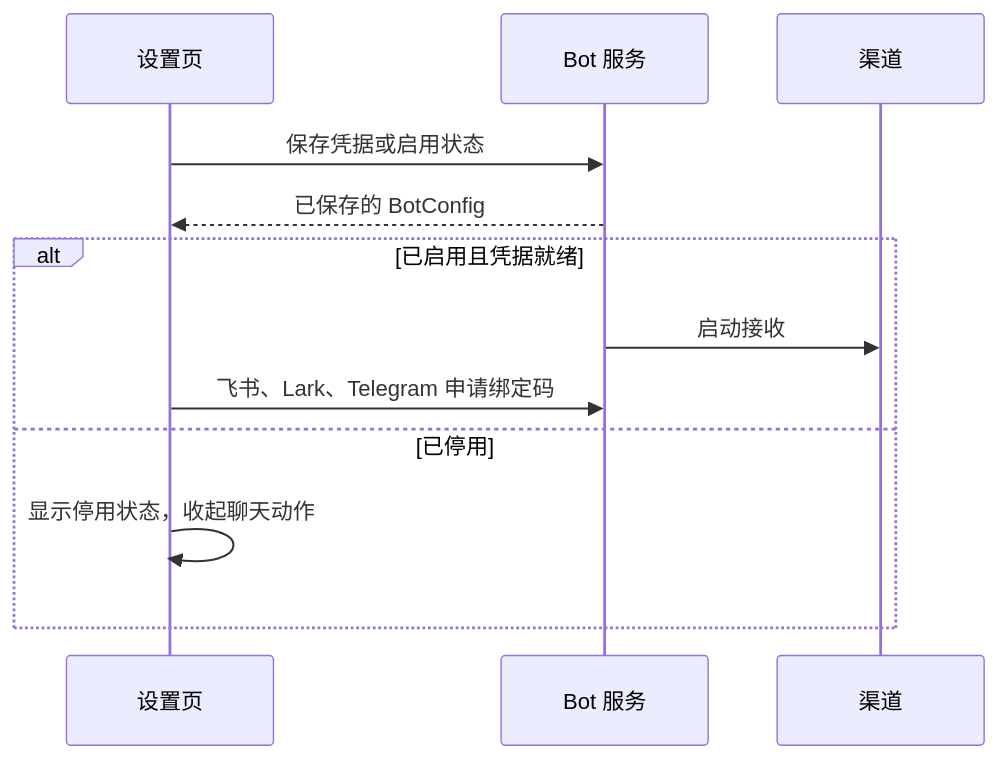
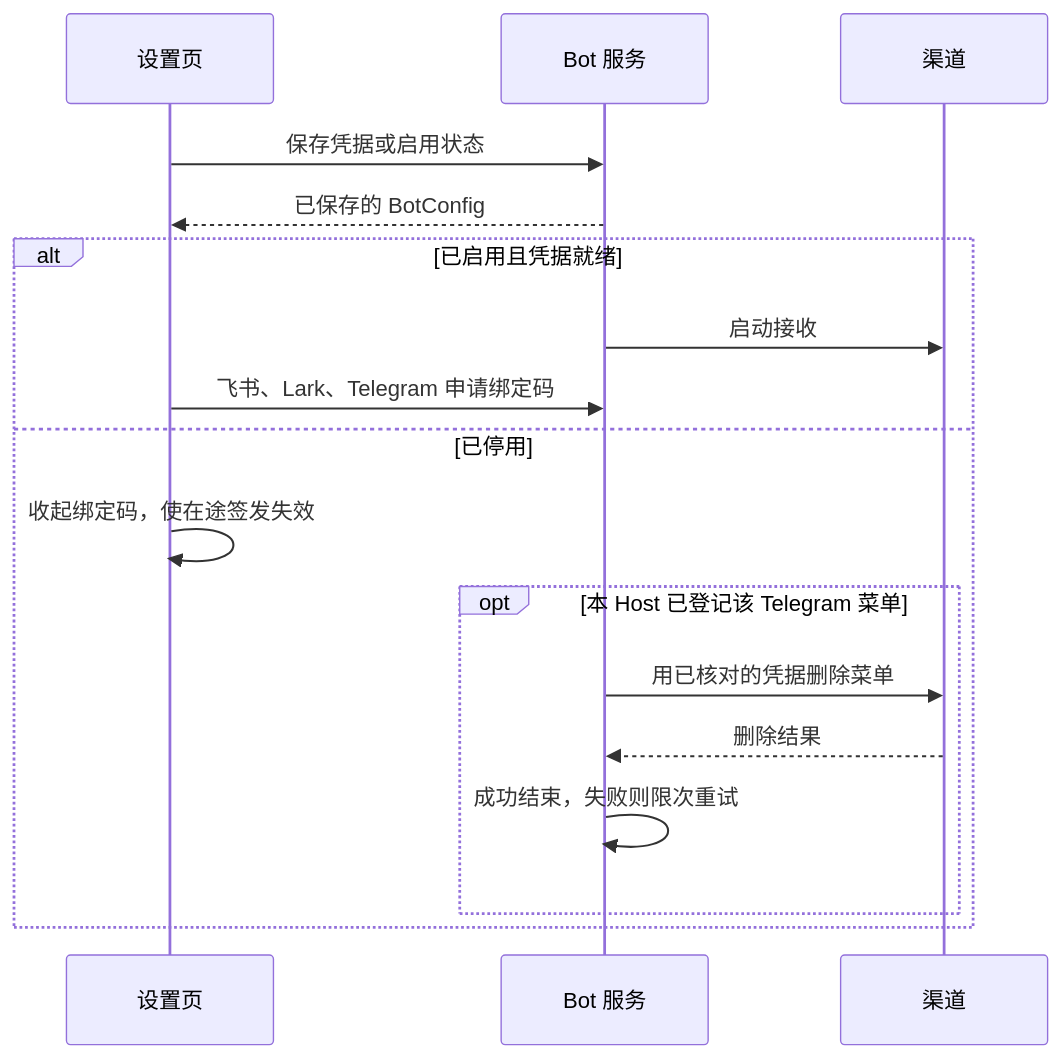
Before and after one commit to BlueSkyXN/OpenZWork: the diagram in docs/specs/onboarding-local-settings-openzwork.md, drawn with Mermaid. The commit also changed other lines of this file and 15 other files, not shown here.

````diff
--- a/docs/specs/onboarding-local-settings-openzwork.md
+++ b/docs/specs/onboarding-local-settings-openzwork.md
@@ -70,14 +72,19 @@
 ```mermaid
 sequenceDiagram
     participant UI as 设置页
     participant Host as Bot 服务
     participant IM as 渠道
     UI->>Host: 保存凭据或启用状态
     Host-->>UI: 已保存的 BotConfig
     alt 已启用且凭据就绪
         Host->>IM: 启动接收
         UI->>Host: 飞书、Lark、Telegram 申请绑定码
     else 已停用
-        UI->>UI: 显示停用状态，收起聊天动作
+        UI->>UI: 收起绑定码，使在途签发失效
+        opt 本 Host 已登记该 Telegram 菜单
+            Host->>IM: 用已核对的凭据删除菜单
+            IM-->>Host: 删除结果
+            Host->>Host: 成功结束，失败则限次重试
+        end
     end
 ```
````
